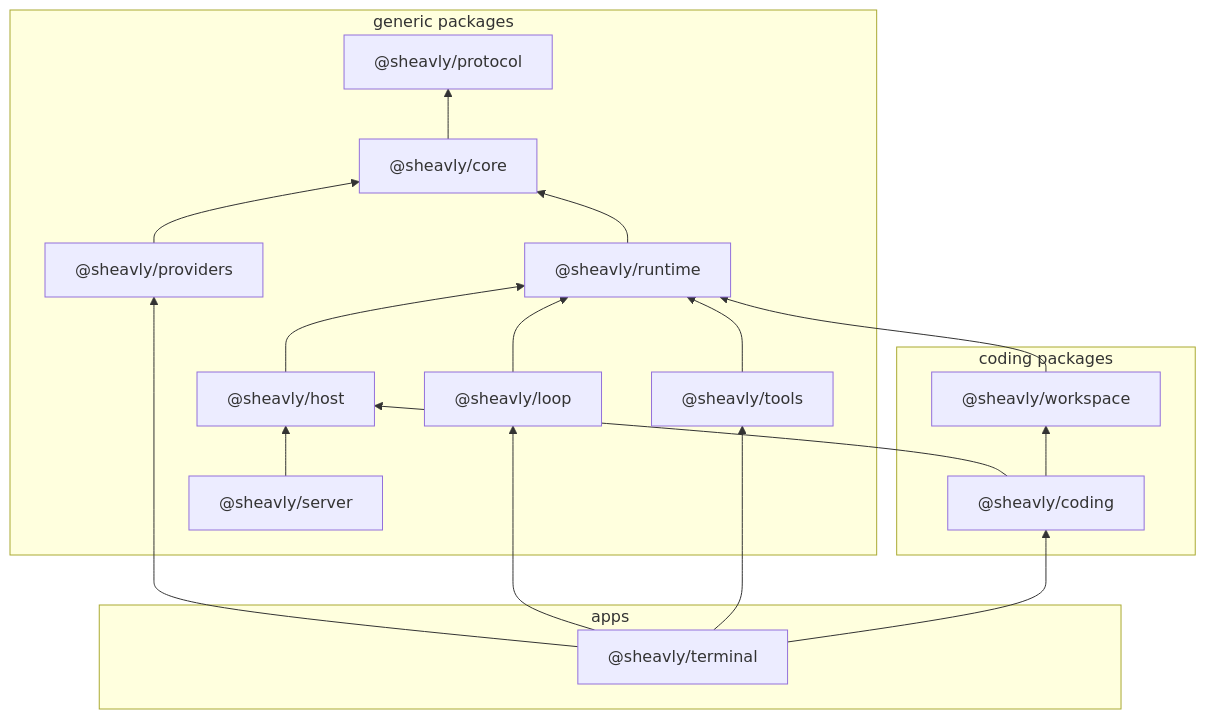
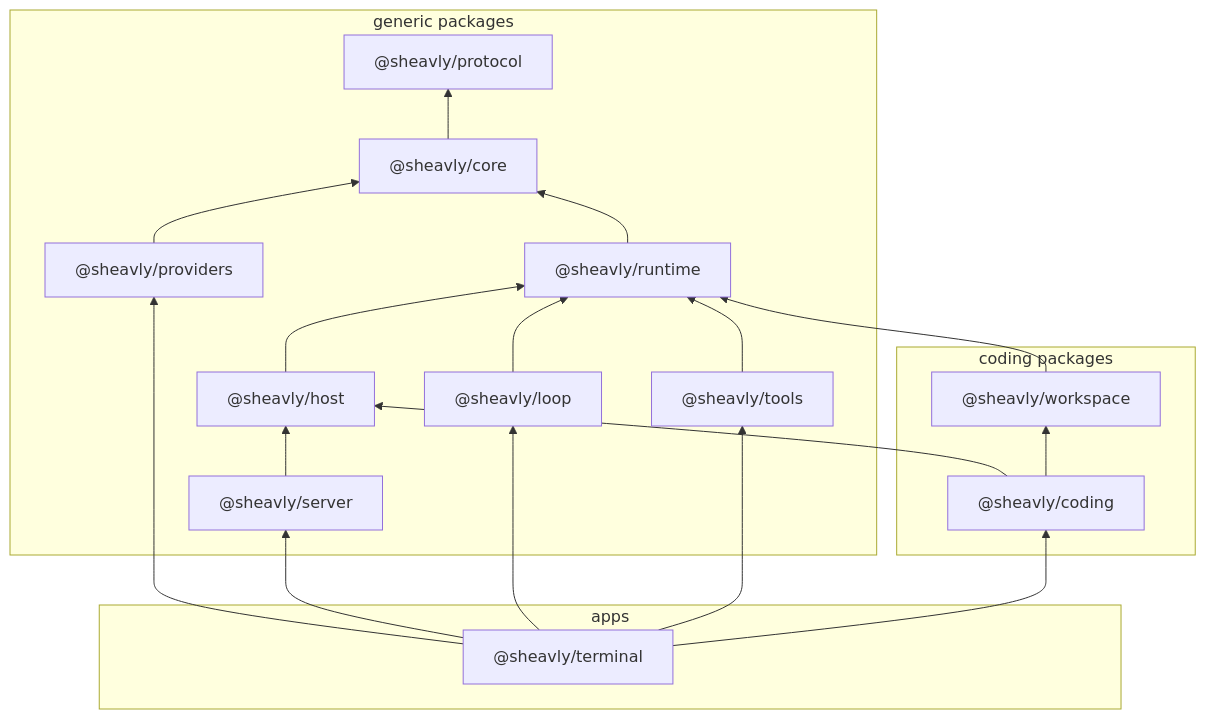
The diagram in docs/overview.md (Sheavly/code), drawn with Mermaid before and after one commit. The commit also changed 14 other files, not shown here.

````diff
--- a/docs/overview.md
+++ b/docs/overview.md
@@ -35,34 +35,35 @@
 ```mermaid
 flowchart BT
   subgraph group_generic ["generic packages"]
     core["@sheavly/core"]
     host["@sheavly/host"]
     loop["@sheavly/loop"]
     protocol["@sheavly/protocol"]
     providers["@sheavly/providers"]
     runtime["@sheavly/runtime"]
     server["@sheavly/server"]
     tools["@sheavly/tools"]
   end
   subgraph group_coding ["coding packages"]
     coding["@sheavly/coding"]
     workspace["@sheavly/workspace"]
   end
   subgraph group_apps ["apps"]
     terminal["@sheavly/terminal"]
   end
   coding --> host
   coding --> workspace
   core --> protocol
   host --> runtime
   loop --> runtime
   providers --> core
   runtime --> core
   server --> host
   terminal --> coding
   terminal --> loop
   terminal --> providers
+  terminal --> server
   terminal --> tools
   tools --> runtime
   workspace --> runtime
 ```
````
